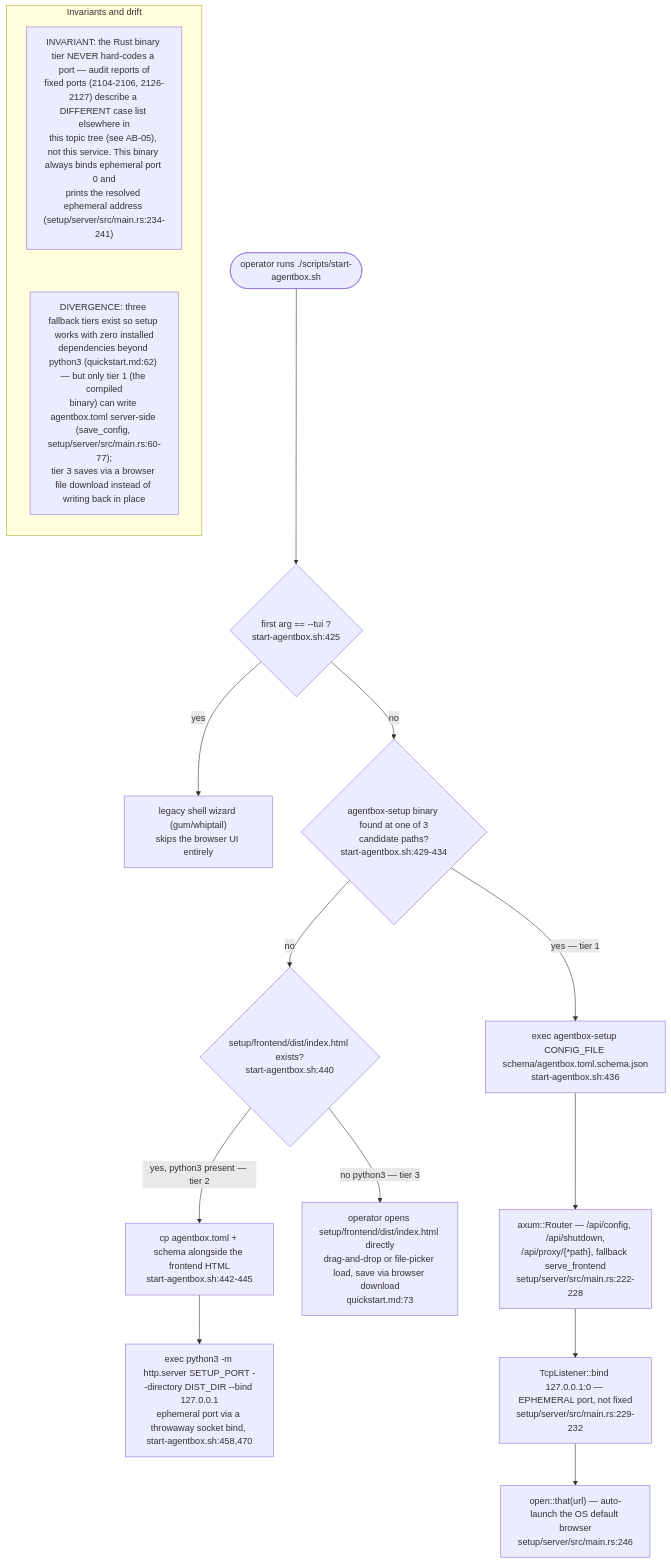
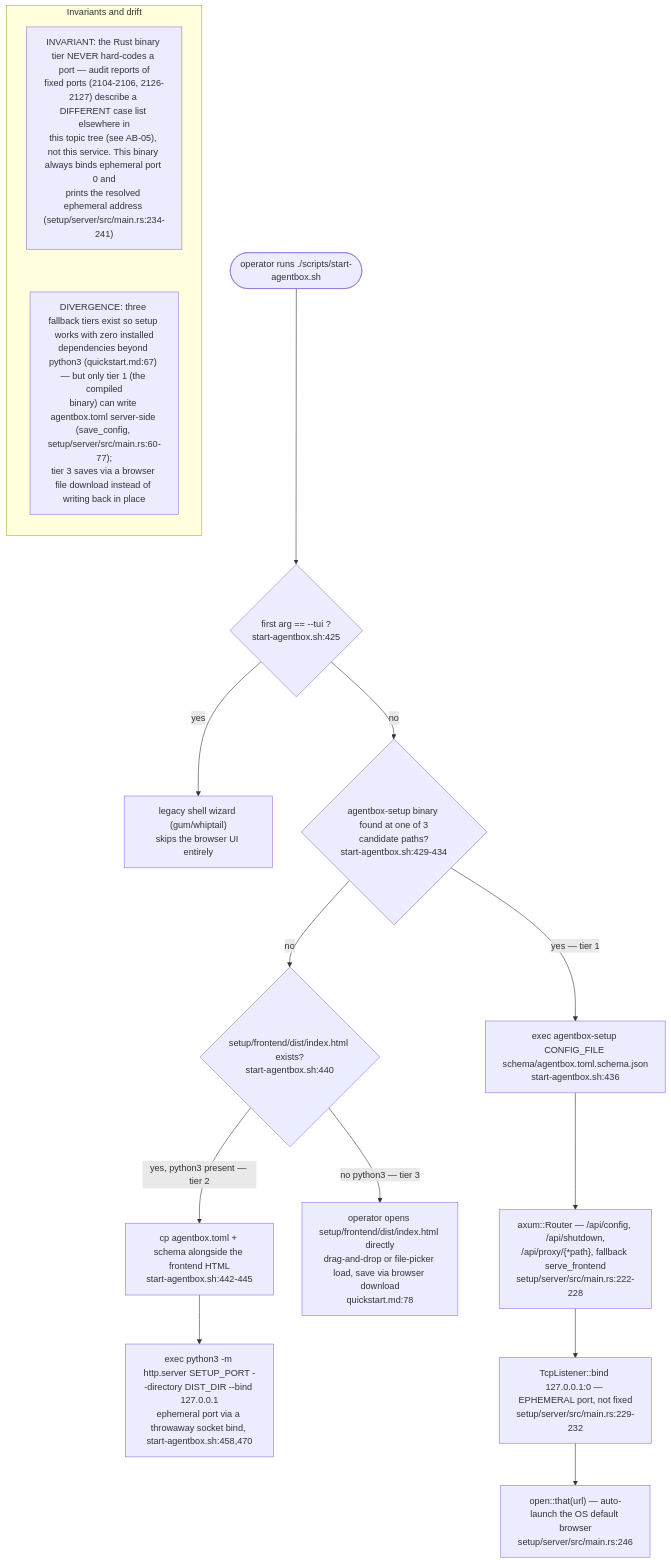
One commit to DreamLab-AI/VisionFlow changed the first of 3 diagrams in docs/diagrams/agentbox/30-supporting-services-secret-backup-setup-https-bridge.md. Above: the diagram before and after it, drawn with Mermaid. The commit also changed other lines of this file and 94 other files, not shown here.

First line of the commit message:
docs(diagrams): re-verify 130 topics against 2 October HEADs

````diff
--- a/docs/diagrams/agentbox/30-supporting-services-secret-backup-setup-https-bridge.md
+++ b/docs/diagrams/agentbox/30-supporting-services-secret-backup-setup-https-bridge.md
@@ -26,20 +26,20 @@
 ```mermaid
 flowchart TD
     START(["operator runs ./scripts/start-agentbox.sh"]) --> TUI{"first arg == --tui ?<br/>start-agentbox.sh:425"}
     TUI -->|yes| LEGACY["legacy shell wizard #40;gum/whiptail#41;<br/>skips the browser UI entirely"]
     TUI -->|no| BINCHECK{"agentbox-setup binary found at one of 3<br/>candidate paths?<br/>start-agentbox.sh:429-434"}
     BINCHECK -->|"yes — tier 1"| EXECBIN["exec agentbox-setup CONFIG_FILE schema/agentbox.toml.schema.json<br/>start-agentbox.sh:436"]
     BINCHECK -->|no| FRONTENDCHECK{"setup/frontend/dist/index.html exists?<br/>start-agentbox.sh:440"}
     FRONTENDCHECK -->|"yes, python3 present — tier 2"| COPYFILES["cp agentbox.toml + schema alongside the frontend HTML<br/>start-agentbox.sh:442-445"]
     COPYFILES --> PYSERVE["exec python3 -m http.server SETUP_PORT --directory DIST_DIR --bind 127.0.0.1<br/>ephemeral port via a throwaway socket bind, start-agentbox.sh:458,470"]
-    FRONTENDCHECK -->|"no python3 — tier 3"| MANUAL["operator opens setup/frontend/dist/index.html directly<br/>drag-and-drop or file-picker load, save via browser download<br/>quickstart.md:73"]
+    FRONTENDCHECK -->|"no python3 — tier 3"| MANUAL["operator opens setup/frontend/dist/index.html directly<br/>drag-and-drop or file-picker load, save via browser download<br/>quickstart.md:78"]
     EXECBIN --> AXUM["axum::Router — /api/config, /api/shutdown,<br/>/api/proxy/#123;*path#125;, fallback serve_frontend<br/>setup/server/src/main.rs:222-228"]
     AXUM --> BIND["TcpListener::bind 127.0.0.1:0 — EPHEMERAL port, not fixed<br/>setup/server/src/main.rs:229-232"]
     BIND --> OPEN["open::that#40;url#41; — auto-launch the OS default browser<br/>setup/server/src/main.rs:246"]
     subgraph notes["Invariants and drift"]
         direction TB
         N1["INVARIANT: the Rust binary tier NEVER hard-codes a port — audit reports of<br/>fixed ports #40;2104-2106, 2126-2127#41; describe a DIFFERENT case list elsewhere in<br/>this topic tree #40;see AB-05#41;, not this service. This binary always binds ephemeral port 0 and<br/>prints the resolved ephemeral address #40;setup/server/src/main.rs:234-241#41;"]
-        N2["DIVERGENCE: three fallback tiers exist so setup works with zero installed<br/>dependencies beyond python3 #40;quickstart.md:62#41; — but only tier 1 #40;the compiled<br/>binary#41; can write agentbox.toml server-side #40;save_config, setup/server/src/main.rs:60-77#41;;<br/>tier 3 saves via a browser file download instead of writing back in place"]
+        N2["DIVERGENCE: three fallback tiers exist so setup works with zero installed<br/>dependencies beyond python3 #40;quickstart.md:67#41; — but only tier 1 #40;the compiled<br/>binary#41; can write agentbox.toml server-side #40;save_config, setup/server/src/main.rs:60-77#41;;<br/>tier 3 saves via a browser file download instead of writing back in place"]
         N1 ~~~ N2
     end
 ```
````
